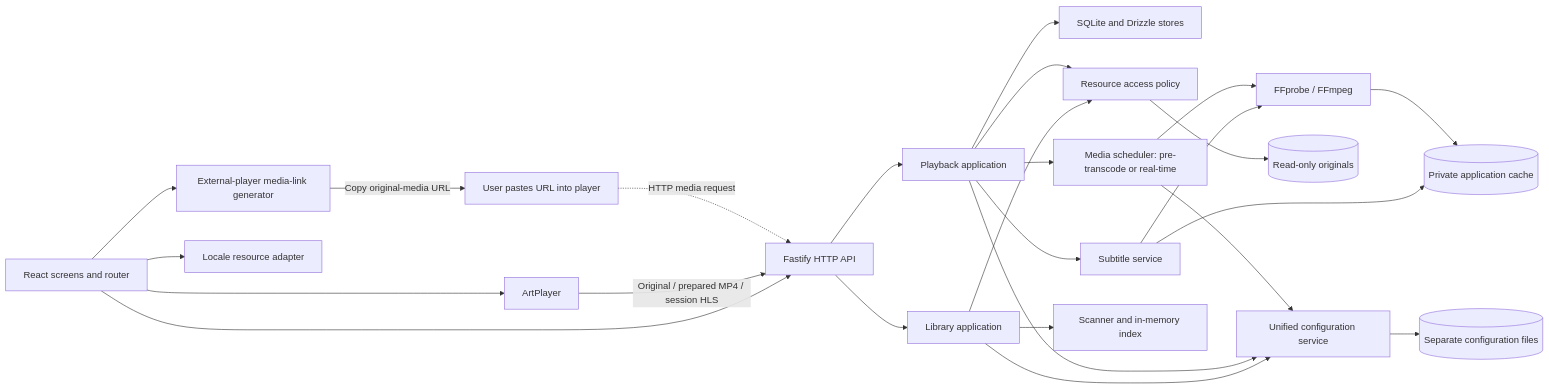
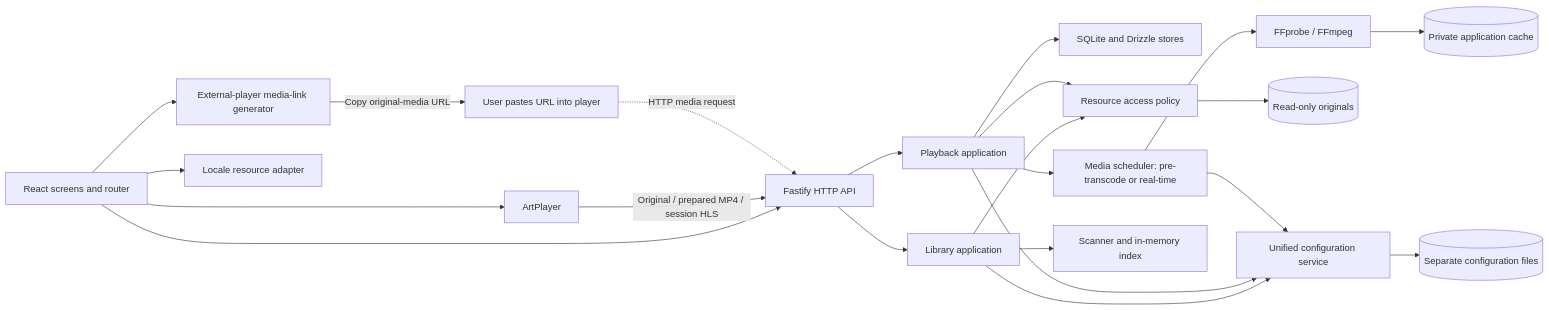
One commit to qw0er/Anishelf changed the diagram in docs/current-version-design.md. Above: the diagram before and after it, drawn with Mermaid. The commit also changed other lines of this file and 5 other files, not shown here.

````diff
--- a/docs/current-version-design.md
+++ b/docs/current-version-design.md
@@ -38,27 +36,24 @@
 ```mermaid
 flowchart LR
     UI[React screens and router] --> API[Fastify HTTP API]
     UI --> Player[ArtPlayer]
     Player -->|Original / prepared MP4 / session HLS| API
     API --> Library[Library application]
     API --> Playback[Playback application]
     Playback --> Records[SQLite and Drizzle stores]
-    Playback --> Subtitles[Subtitle service]
-    Subtitles --> FF
-    Subtitles --> Cache
     Playback --> Worker[Media scheduler: pre-transcode or real-time]
     Worker --> FF[FFprobe / FFmpeg]
     Library --> Access[Resource access policy]
     Playback --> Access
     Access --> Originals[(Read-only originals)]
     FF --> Cache[(Private application cache)]
     UI --> Link[External-player media-link generator]
     Link -->|Copy original-media URL| Clipboard[User pastes URL into player]
     Clipboard -.->|HTTP media request| API
     Library --> Config[Unified configuration service]
     Playback --> Config
     Worker --> Config
     Config --> Files[(Separate configuration files)]
     UI --> Locale[Locale resource adapter]
     Library --> Scanner[Scanner and in-memory index]
 ```
````
